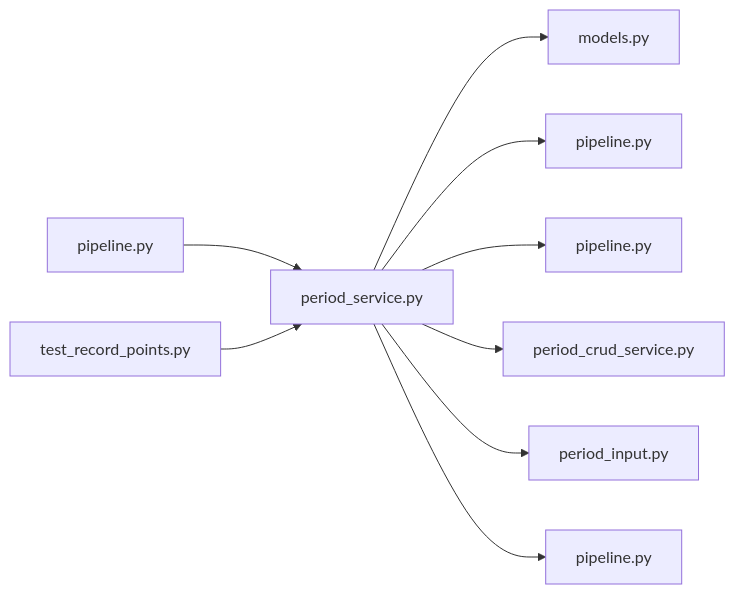
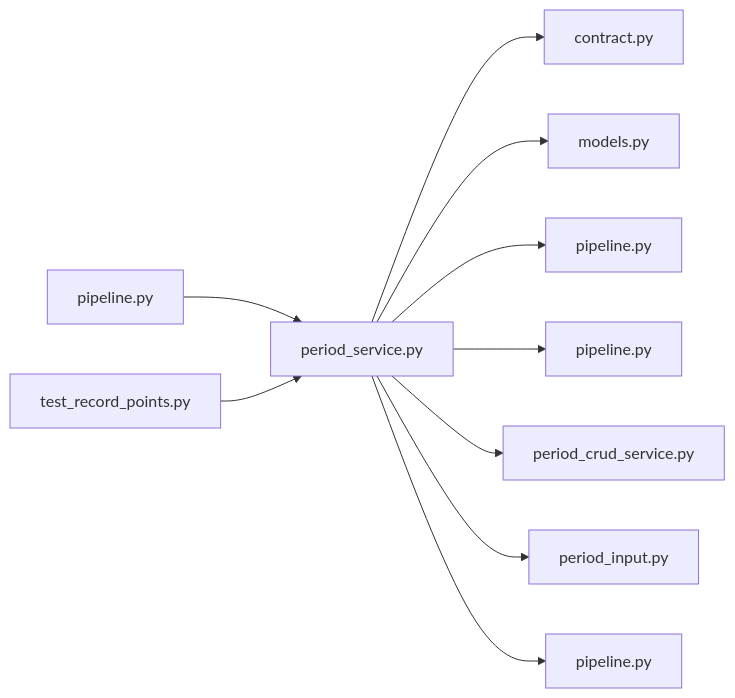
Before and after one commit to minkong-dev/Banblit: the diagram in .cluedoc/graph/backend/src/backend/services/period/period_service.md, drawn with Mermaid. The commit also changed other lines of this file and 28 other files, not shown here.

Commit message:
backend: move job records, record apply order, admin code and team colors to their pipelines and contract

````diff
--- a/.cluedoc/graph/backend/src/backend/services/period/period_service.md
+++ b/.cluedoc/graph/backend/src/backend/services/period/period_service.md
@@ -10,12 +10,13 @@
 ```mermaid
 flowchart LR
   backend_src_backend_services_period_period_service["period_service.py"]
+  backend_src_backend_services_period_period_service --> backend_src_backend_contract["contract.py"]
   backend_src_backend_services_period_period_service --> backend_src_backend_db_models["models.py"]
   backend_src_backend_services_period_period_service --> backend_src_backend_db_pipeline["pipeline.py"]
   backend_src_backend_services_period_period_service --> backend_src_backend_scheduling_pipeline["pipeline.py"]
   backend_src_backend_services_period_period_service --> backend_src_backend_services_period_period_crud_service["period_crud_service.py"]
   backend_src_backend_services_period_period_service --> backend_src_backend_services_period_period_input["period_input.py"]
   backend_src_backend_services_period_period_service --> backend_src_backend_services_settings_pipeline["pipeline.py"]
   backend_src_backend_services_period_pipeline["pipeline.py"] --> backend_src_backend_services_period_period_service
   backend_tests_unit_test_record_points["test_record_points.py"] --> backend_src_backend_services_period_period_service
 ```
````
